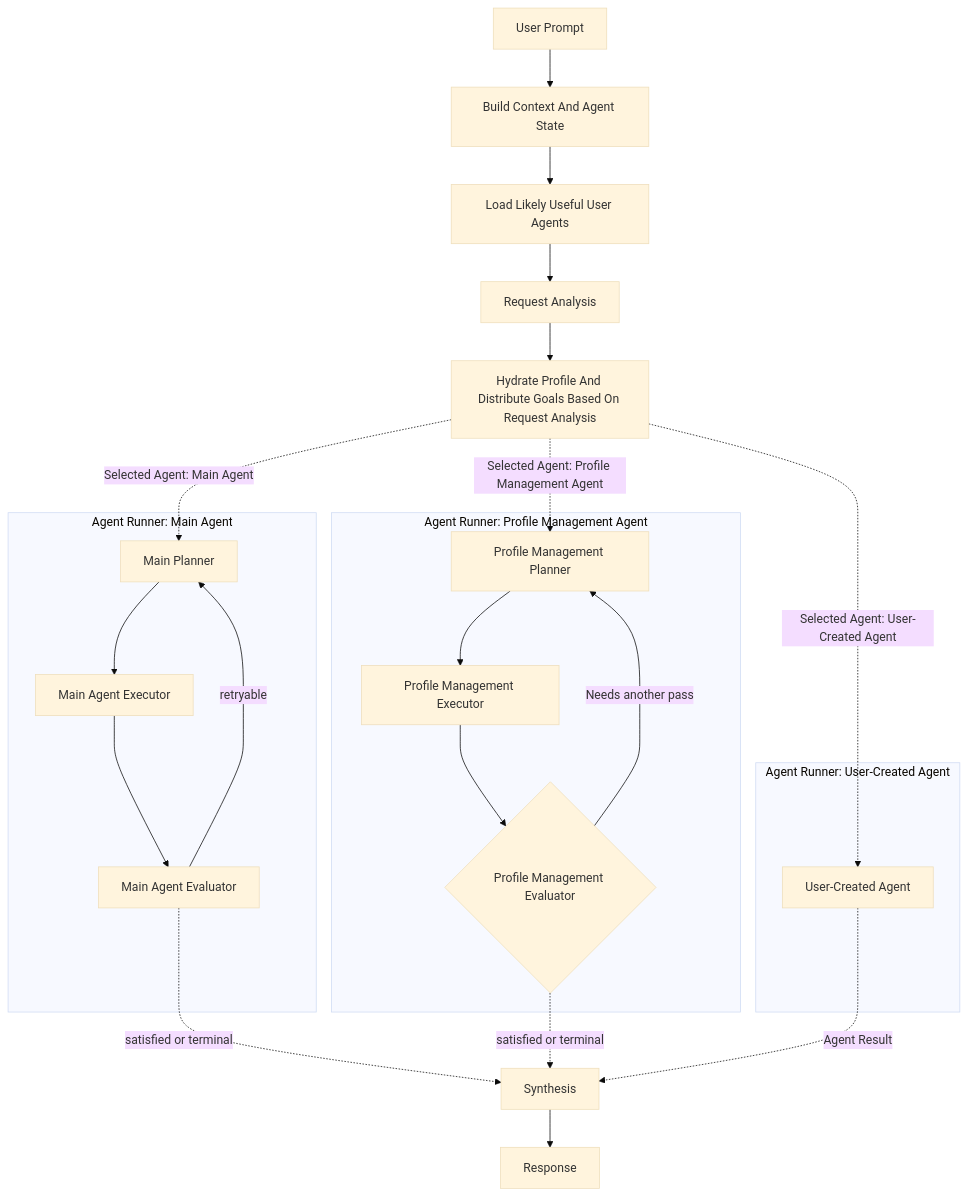
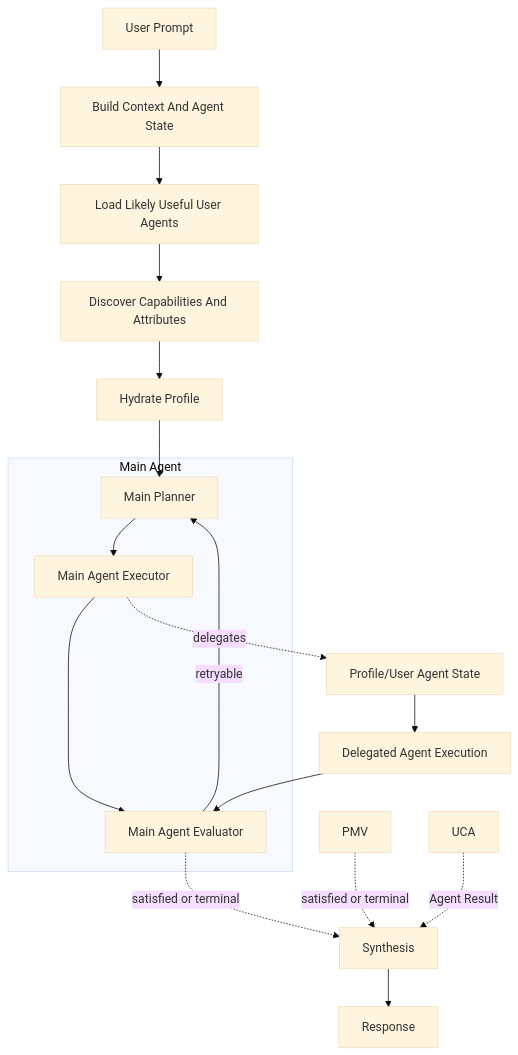
Before and after one commit to mikeshutov/llm_poc: the diagram in README.md, drawn with Mermaid (base theme). The commit also changed other lines of this file and 82 other files, not shown here.

Commit message:
refactor request analysis into capability discoveruy

````diff
--- a/README.md
+++ b/README.md
@@ -38,27 +37,20 @@
 ```mermaid
 flowchart TD
     A[User Prompt] --> B[Build Context And Agent State]
     B --> LUA[Load Likely Useful User Agents]
-    LUA --> C[Request Analysis]
-    C --> D[Hydrate Profile And Distribute Goals Based On Request Analysis]
-    subgraph MAR[Agent Runner: Main Agent]
+    LUA --> C[Discover Capabilities And Attributes]
+    C --> D[Hydrate Profile]
+    subgraph MAR[Main Agent]
         P1[Main Planner] --> X[Main Agent Executor]
         X --> EV[Main Agent Evaluator]
         EV -->|retryable| P1
     end
-    subgraph PMAR[Agent Runner: Profile Management Agent]
-        PMP[Profile Management Planner] --> PMX[Profile Management Executor]
-        PMX --> PMV{Profile Management Evaluator}
-        PMV -->|Needs another pass| PMP
-    end
-    subgraph UCAR[Agent Runner: User-Created Agent]
-        UCA[User-Created Agent]
-    end
-    D -.->|Selected Agent: Main Agent| P1
-    D -.->|Selected Agent: Profile Management Agent| PMP
-    D -.->|Selected Agent: User-Created Agent| UCA
+    D --> P1
+    X -.->|delegates| DA[Profile/User Agent State]
+    DA --> DX[Delegated Agent Execution]
+    DX --> EV
     EV -.->|satisfied or terminal| S[Synthesis]
     PMV -.->|satisfied or terminal| S
     UCA -.->|Agent Result| S
     S --> L[Response]
 ```
````
